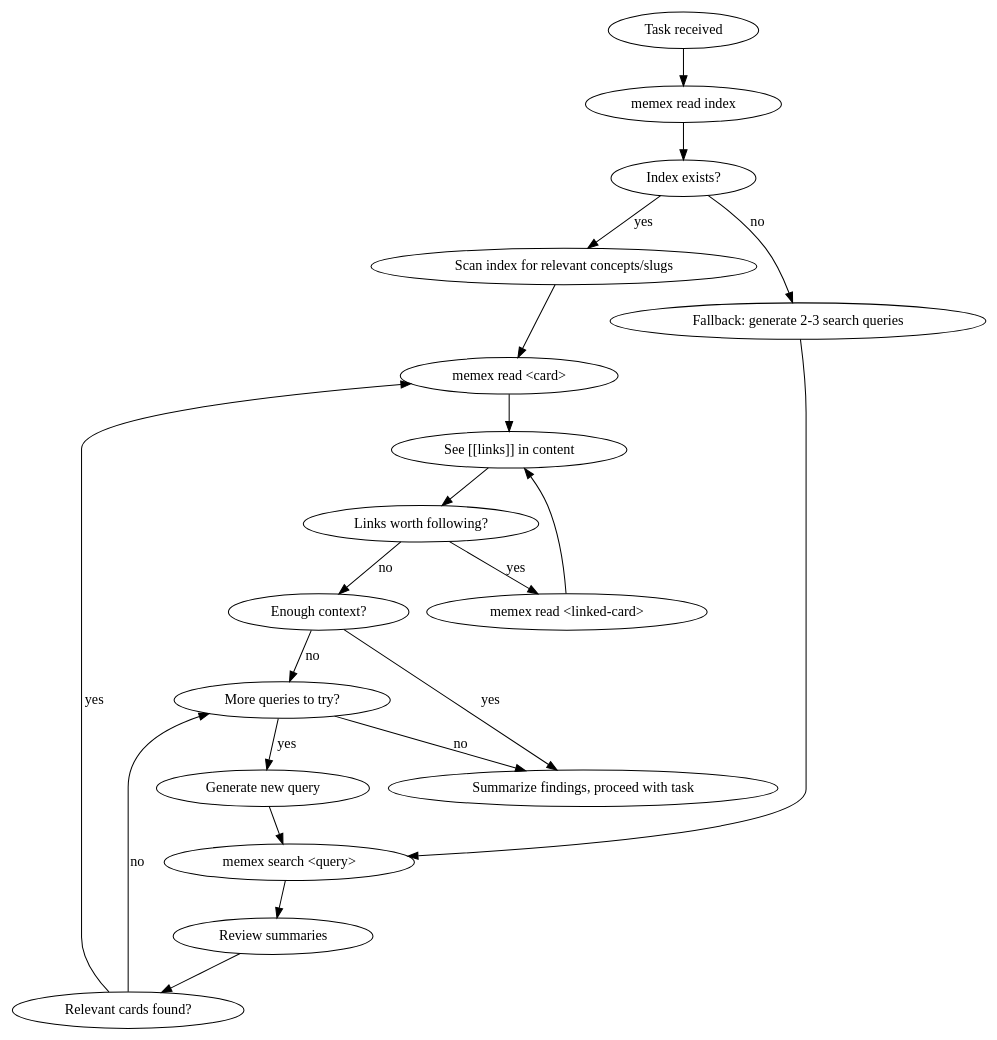
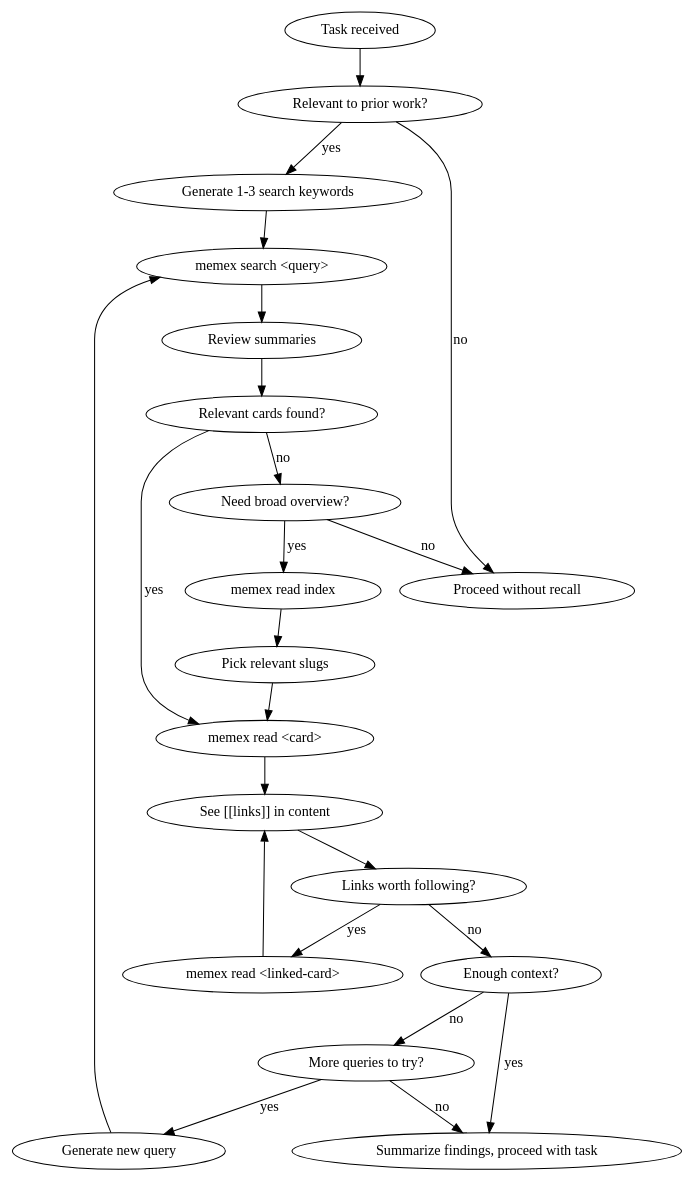
Before and after one commit to lheiskan/memex-go: the diagram in skills/memex-recall/SKILL.md, drawn with Graphviz. The commit also changed other lines of this file and 48 other files, not shown here.

````diff
--- a/skills/memex-recall/SKILL.md
+++ b/skills/memex-recall/SKILL.md
@@ -26,24 +29,25 @@
 ```dot
 digraph recall {
-    "Task received" -> "memex read index";
-    "memex read index" -> "Index exists?" [shape=diamond];
-    "Index exists?" -> "Scan index for relevant concepts/slugs" [label="yes"];
-    "Index exists?" -> "Fallback: generate 2-3 search queries" [label="no"];
-    "Scan index for relevant concepts/slugs" -> "memex read <card>" ;
-    "Fallback: generate 2-3 search queries" -> "memex search <query>";
+    "Task received" -> "Relevant to prior work?" [shape=diamond];
+    "Relevant to prior work?" -> "Generate 1-3 search keywords" [label="yes"];
+    "Relevant to prior work?" -> "Proceed without recall" [label="no"];
+    "Generate 1-3 search keywords" -> "memex search <query>";
     "memex search <query>" -> "Review summaries";
     "Review summaries" -> "Relevant cards found?" [shape=diamond];
     "Relevant cards found?" -> "memex read <card>" [label="yes"];
-    "Relevant cards found?" -> "More queries to try?" [label="no"];
+    "Relevant cards found?" -> "Need broad overview?" [label="no"];
+    "Need broad overview?" -> "memex read index" [label="yes"];
+    "Need broad overview?" -> "Proceed without recall" [label="no"];
+    "memex read index" -> "Pick relevant slugs" -> "memex read <card>";
     "memex read <card>" -> "See [[links]] in content";
     "See [[links]] in content" -> "Links worth following?" [shape=diamond];
     "Links worth following?" -> "memex read <linked-card>" [label="yes"];
     "Links worth following?" -> "Enough context?" [label="no"];
     "memex read <linked-card>" -> "See [[links]] in content";
     "Enough context?" -> "More queries to try?" [label="no"];
     "More queries to try?" -> "Generate new query" [label="yes"];
     "Generate new query" -> "memex search <query>";
     "More queries to try?" -> "Summarize findings, proceed with task" [label="no"];
     "Enough context?" -> "Summarize findings, proceed with task" [label="yes"];
 }
 ```
````
